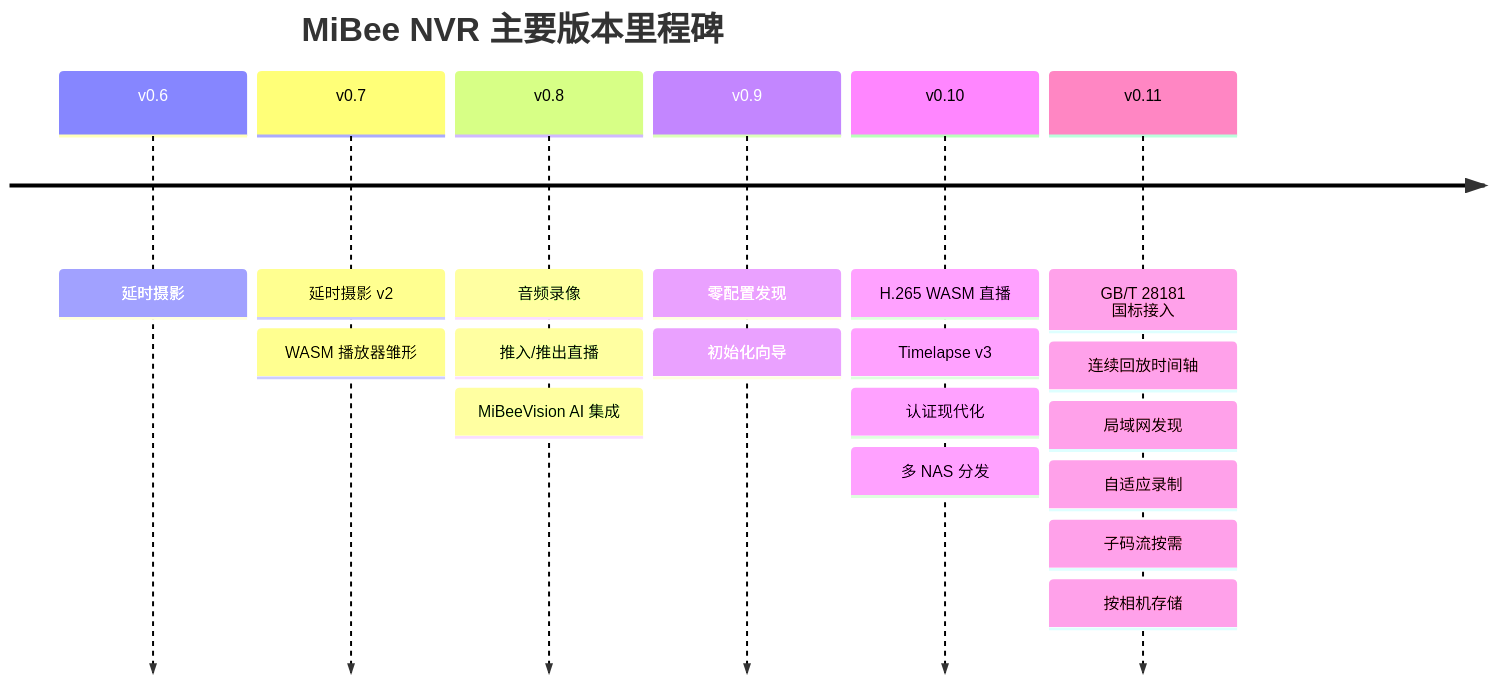
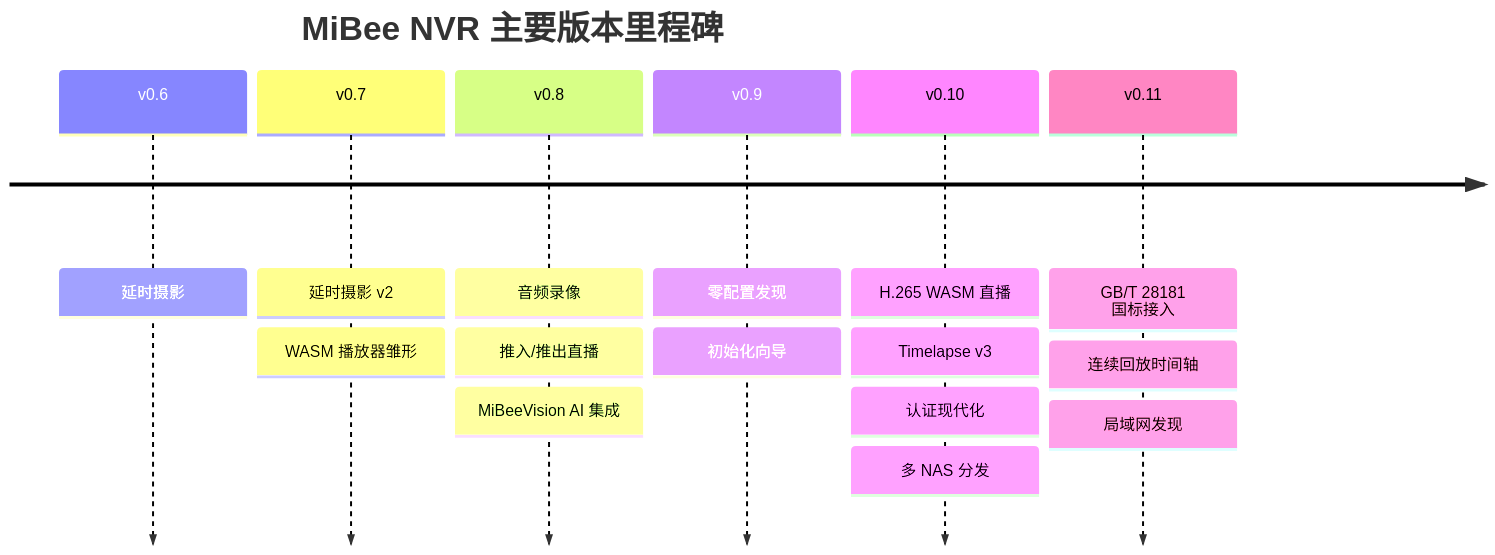
One commit to Mi-Bee-Studio/mibee-docs changed the diagram in mibeenvr/zh-CN/features.md. Above: the diagram before and after it, drawn with Mermaid. The commit also changed other lines of this file and 94 other files, not shown here.

````diff
--- a/mibeenvr/zh-CN/features.md
+++ b/mibeenvr/zh-CN/features.md
@@ -120,10 +113,10 @@
 ```mermaid
 timeline
     title MiBee NVR 主要版本里程碑
     v0.6 : 延时摄影
     v0.7 : 延时摄影 v2 : WASM 播放器雏形
     v0.8 : 音频录像 : 推入/推出直播 : MiBeeVision AI 集成
     v0.9 : 零配置发现 : 初始化向导
     v0.10 : H.265 WASM 直播 : Timelapse v3 : 认证现代化 : 多 NAS 分发
-    v0.11 : GB/T 28181 国标接入 : 连续回放时间轴 : 局域网发现 : 自适应录制 : 子码流按需 : 按相机存储
+    v0.11 : GB/T 28181 国标接入 : 连续回放时间轴 : 局域网发现
 ```
````
